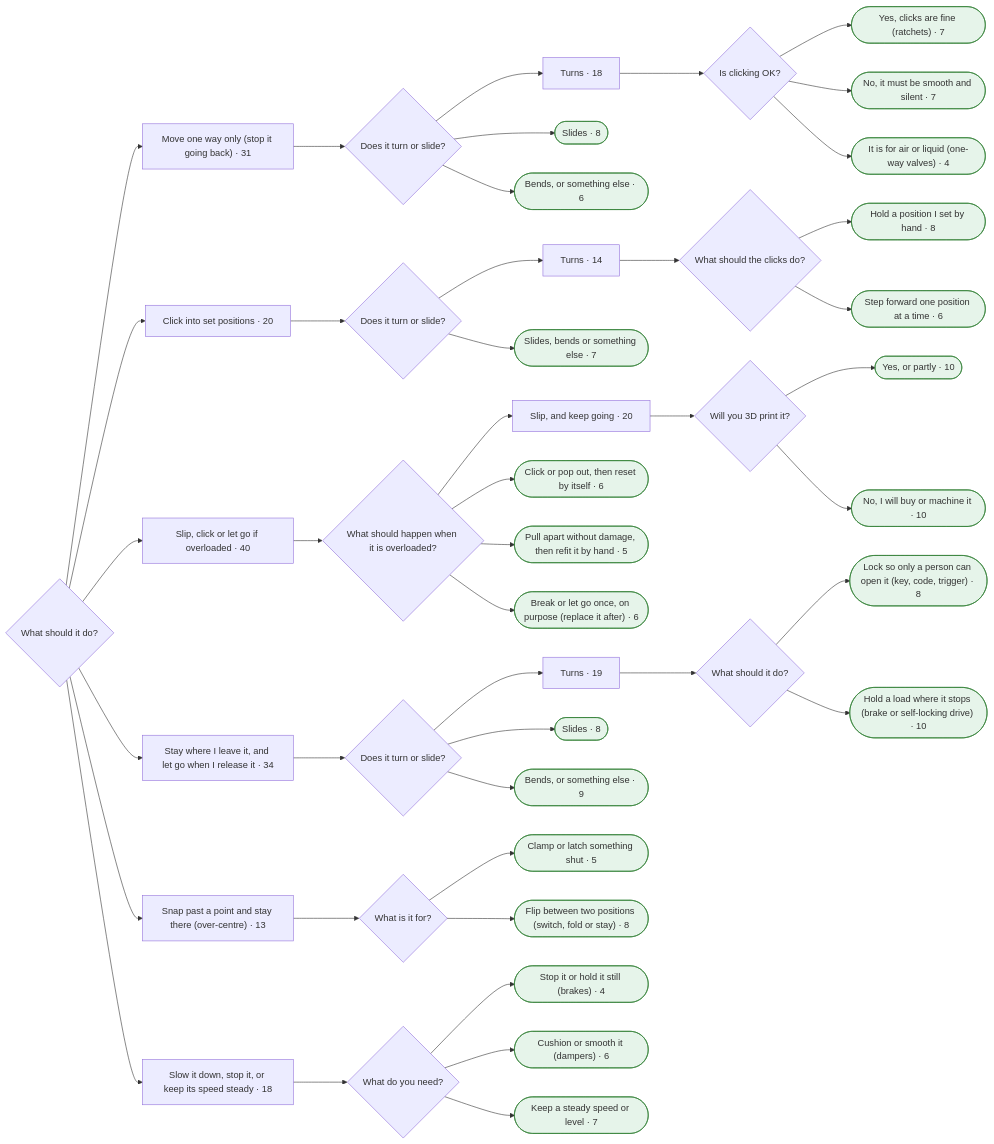
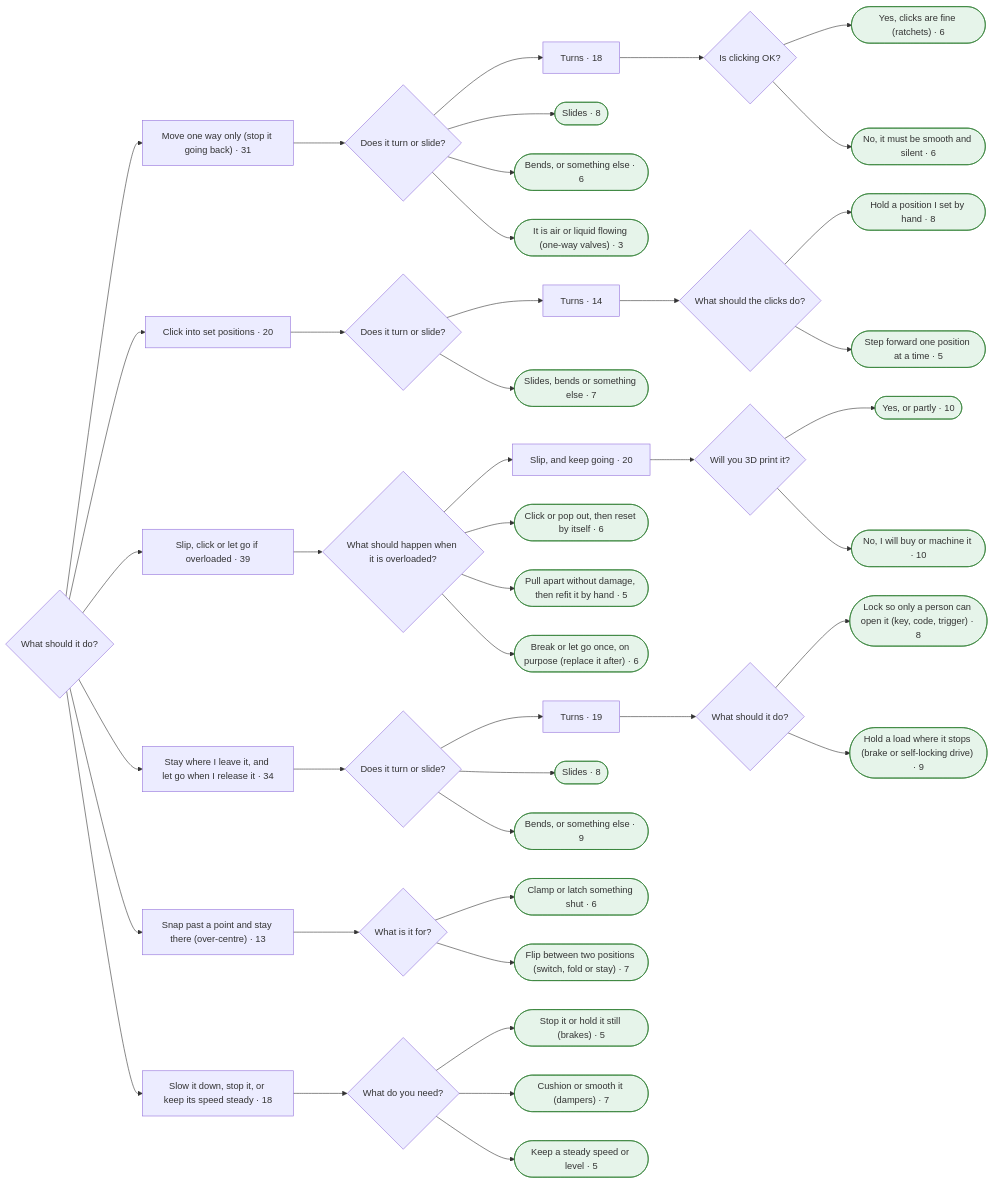
The fifth of 11 diagrams in research/finder-test/mermaid.md (smileymcfrown/EncyclopediaOfConnections), drawn with Mermaid before and after one commit. The commit also changed other lines of this file and 420 other files, not shown here.

````diff
--- a/research/finder-test/mermaid.md
+++ b/research/finder-test/mermaid.md
@@ -608,112 +611,112 @@
 ```mermaid
 flowchart LR
-  q221{"What should it do?"}
-  a222["Move one way only (stop it going back) · 31"]
-  q221 --> a222
-  q223{"Does it turn or slide?"}
-  a222 --> q223
-  a224["Turns · 18"]
-  q223 --> a224
-  q225{"Is clicking OK?"}
-  a224 --> q225
-  a226(["Yes, clicks are fine (ratchets) · 7"])
-  q225 --> a226
-  class a226 leaf
-  a227(["No, it must be smooth and silent · 7"])
-  q225 --> a227
+  q222{"What should it do?"}
+  a223["Move one way only (stop it going back) · 31"]
+  q222 --> a223
+  q224{"Does it turn or slide?"}
+  a223 --> q224
+  a225["Turns · 18"]
+  q224 --> a225
+  q226{"Is clicking OK?"}
+  a225 --> q226
+  a227(["Yes, clicks are fine (ratchets) · 6"])
+  q226 --> a227
   class a227 leaf
-  a228(["It is for air or liquid (one-way valves) · 4"])
-  q225 --> a228
+  a228(["No, it must be smooth and silent · 6"])
+  q226 --> a228
   class a228 leaf
   a229(["Slides · 8"])
-  q223 --> a229
+  q224 --> a229
   class a229 leaf
   a230(["Bends, or something else · 6"])
-  q223 --> a230
+  q224 --> a230
   class a230 leaf
-  a231["Click into set positions · 20"]
-  q221 --> a231
-  q232{"Does it turn or slide?"}
-  a231 --> q232
-  a233["Turns · 14"]
-  q232 --> a233
-  q234{"What should the clicks do?"}
-  a233 --> q234
-  a235(["Hold a position I set by hand · 8"])
-  q234 --> a235
-  class a235 leaf
-  a236(["Step forward one position at a time · 6"])
-  q234 --> a236
+  a231(["It is air or liquid flowing (one-way valves) · 3"])
+  q224 --> a231
+  class a231 leaf
+  a232["Click into set positions · 20"]
+  q222 --> a232
+  q233{"Does it turn or slide?"}
+  a232 --> q233
+  a234["Turns · 14"]
+  q233 --> a234
+  q235{"What should the clicks do?"}
+  a234 --> q235
+  a236(["Hold a position I set by hand · 8"])
+  q235 --> a236
   class a236 leaf
-  a237(["Slides, bends or something else · 7"])
-  q232 --> a237
+  a237(["Step forward one position at a time · 5"])
+  q235 --> a237
   class a237 leaf
-  a238["Slip, click or let go if overloaded · 40"]
-  q221 --> a238
-  q239{"What should happen when it is overloaded?"}
-  a238 --> q239
-  a240["Slip, and keep going · 20"]
-  q239 --> a240
-  q241{"Will you 3D print it?"}
-  a240 --> q241
-  a242(["Yes, or partly · 10"])
-  q241 --> a242
-  class a242 leaf
-  a243(["No, I will buy or machine it · 10"])
-  q241 --> a243
+  a238(["Slides, bends or something else · 7"])
+  q233 --> a238
+  class a238 leaf
+  a239["Slip, click or let go if overloaded · 39"]
+  q222 --> a239
+  q240{"What should happen when it is overloaded?"}
+  a239 --> q240
+  a241["Slip, and keep going · 20"]
+  q240 --> a241
+  q242{"Will you 3D print it?"}
+  a241 --> q242
+  a243(["Yes, or partly · 10"])
+  q242 --> a243
   class a243 leaf
-  a244(["Click or pop out, then reset by itself · 6"])
-  q239 --> a244
+  a244(["No, I will buy or machine it · 10"])
+  q242 --> a244
   class a244 leaf
-  a245(["Pull apart without damage, then refit it by hand · 5"])
-  q239 --> a245
+  a245(["Click or pop out, then reset by itself · 6"])
+  q240 --> a245
   class a245 leaf
-  a246(["Break or let go once, on purpose (replace it after) · 6"])
-  q239 --> a246
+  a246(["Pull apart without damage, then refit it by hand · 5"])
+  q240 --> a246
   class a246 leaf
-  a247["Stay where I leave it, and let go when I release it · 34"]
-  q221 --> a247
-  q248{"Does it turn or slide?"}
-  a247 --> q248
-  a249["Turns · 19"]
-  q248 --> a249
-  q250{"What should it do?"}
-  a249 --> q250
-  a251(["Lock so only a person can open it (key, code, trigger) · 8"])
-  q250 --> a251
-  class a251 leaf
-  a252(["Hold a load where it stops (brake or self-locking drive) · 10"])
-  q250 --> a252
+  a247(["Break or let go once, on purpose (replace it after) · 6"])
+  q240 --> a247
+  class a247 leaf
+  a248["Stay where I leave it, and let go when I release it · 34"]
+  q222 --> a248
+  q249{"Does it turn or slide?"}
+  a248 --> q249
+  a250["Turns · 19"]
+  q249 --> a250
+  q251{"What should it do?"}
+  a250 --> q251
+  a252(["Lock so only a person can open it (key, code, trigger) · 8"])
+  q251 --> a252
   class a252 leaf
-  a253(["Slides · 8"])
-  q248 --> a253
+  a253(["Hold a load where it stops (brake or self-locking drive) · 9"])
+  q251 --> a253
   class a253 leaf
-  a254(["Bends, or something else · 9"])
-  q248 --> a254
+  a254(["Slides · 8"])
+  q249 --> a254
   class a254 leaf
-  a255["Snap past a point and stay there (over-centre) · 13"]
-  q221 --> a255
-  q256{"What is it for?"}
-  a255 --> q256
-  a257(["Clamp or latch something shut · 5"])
-  q256 --> a257
-  class a257 leaf
-  a258(["Flip between two positions (switch, fold or stay) · 8"])
-  q256 --> a258
+  a255(["Bends, or something else · 9"])
+  q249 --> a255
+  class a255 leaf
+  a256["Snap past a point and stay there (over-centre) · 13"]
+  q222 --> a256
+  q257{"What is it for?"}
+  a256 --> q257
+  a258(["Clamp or latch something shut · 6"])
+  q257 --> a258
   class a258 leaf
-  a259["Slow it down, stop it, or keep its speed steady · 18"]
-  q221 --> a259
-  q260{"What do you need?"}
-  a259 --> q260
-  a261(["Stop it or hold it still (brakes) · 4"])
-  q260 --> a261
-  class a261 leaf
-  a262(["Cushion or smooth it (dampers) · 6"])
-  q260 --> a262
+  a259(["Flip between two positions (switch, fold or stay) · 7"])
+  q257 --> a259
+  class a259 leaf
+  a260["Slow it down, stop it, or keep its speed steady · 18"]
+  q222 --> a260
+  q261{"What do you need?"}
+  a260 --> q261
+  a262(["Stop it or hold it still (brakes) · 5"])
+  q261 --> a262
   class a262 leaf
-  a263(["Keep a steady speed or level · 7"])
-  q260 --> a263
+  a263(["Cushion or smooth it (dampers) · 7"])
+  q261 --> a263
   class a263 leaf
+  a264(["Keep a steady speed or level · 5"])
+  q261 --> a264
+  class a264 leaf
   classDef leaf fill:#e6f4ea,stroke:#2e7d32
   classDef more fill:#fff4e5,stroke:#b26a00
 ```
````
